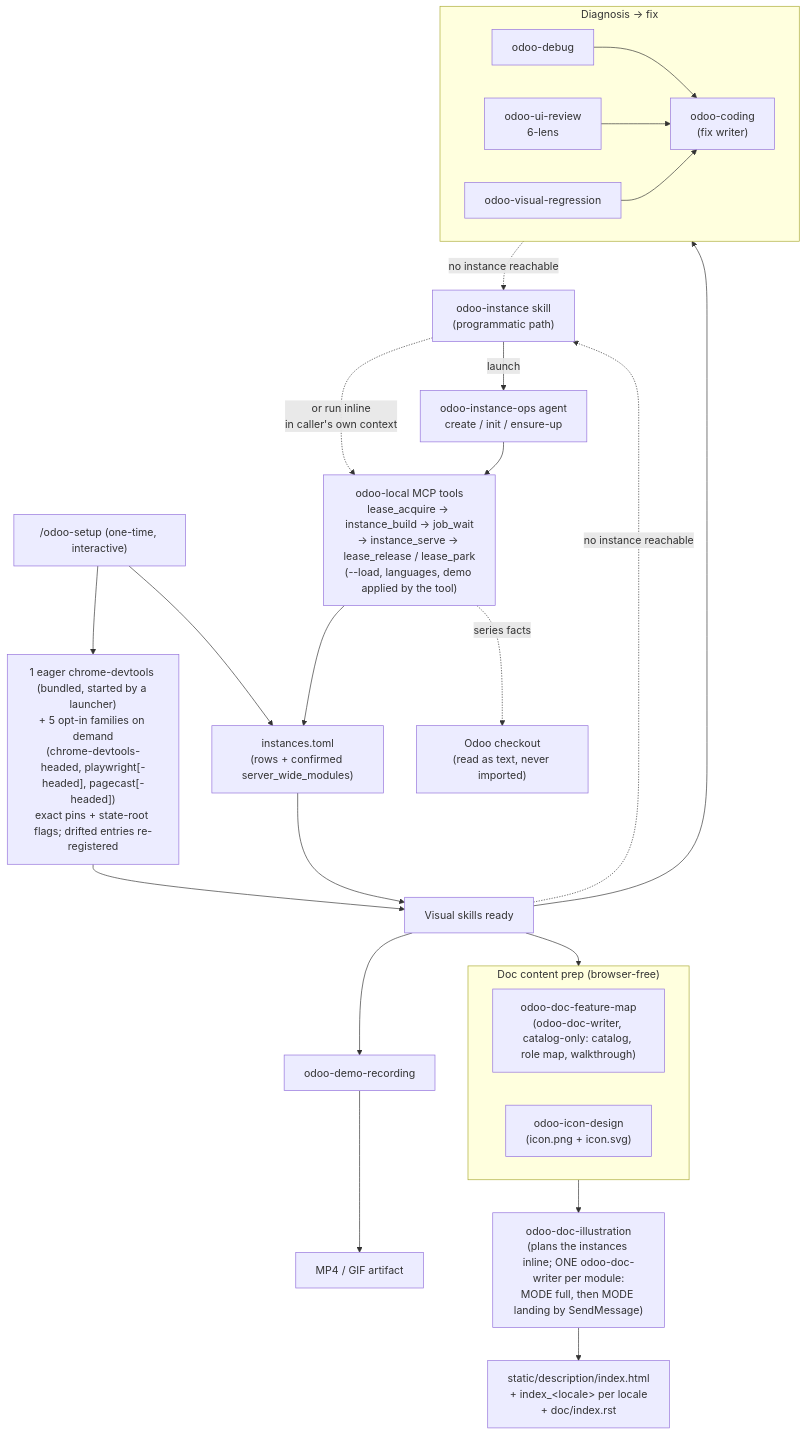
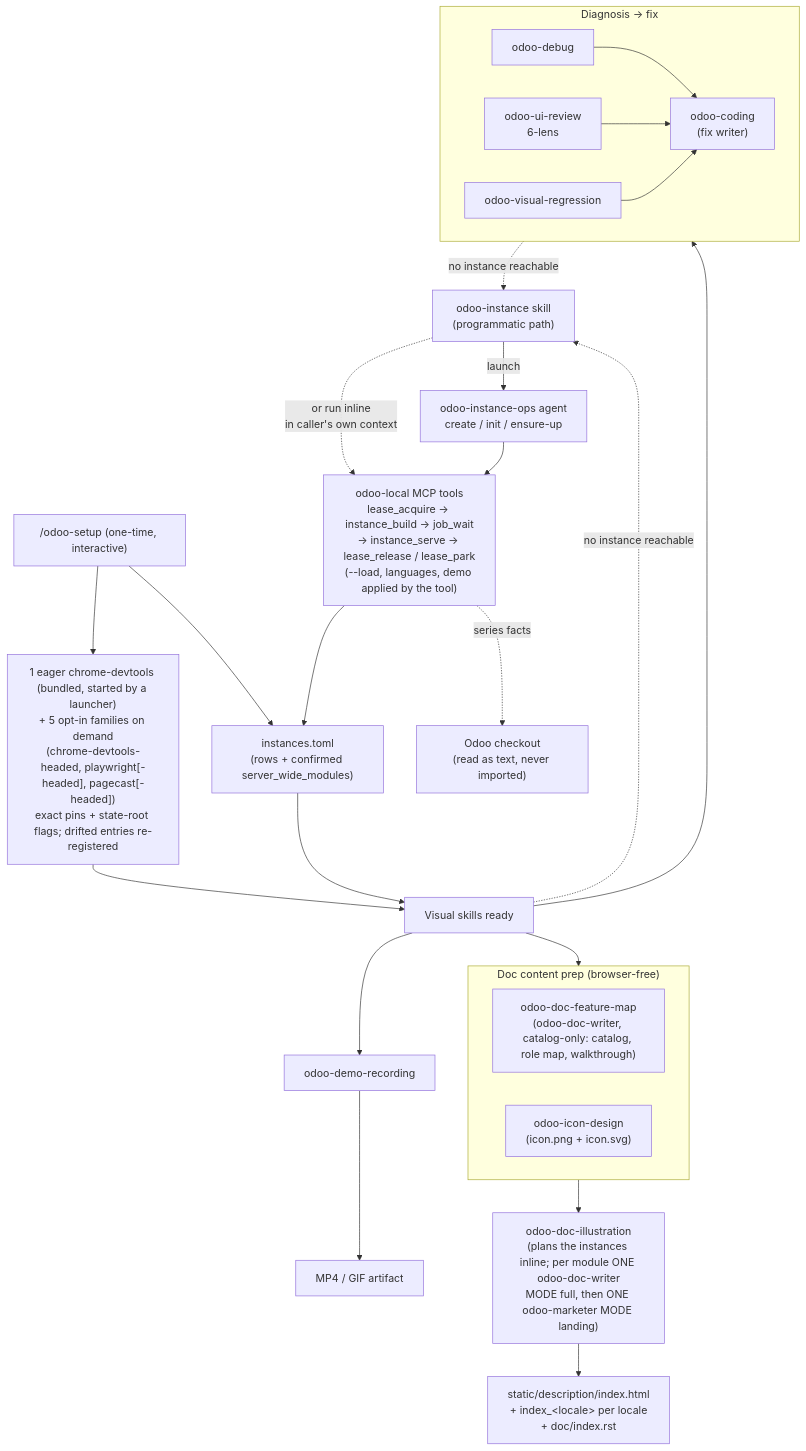
One commit to Viindoo/odoo-mcp-client changed the fourth of 9 diagrams in plugins/odoo-ai-agents/README.md. Above: the diagram before and after it, drawn with Mermaid. The commit also changed other lines of this file and 38 other files, not shown here.

First line of the commit message:
fix(odoo-ai-agents): one owner for forward-ports, split docs and marketing

````diff
--- a/plugins/odoo-ai-agents/README.md
+++ b/plugins/odoo-ai-agents/README.md
@@ -354,38 +354,38 @@
 ```mermaid
 flowchart TD
     SETUP["/odoo-setup (one-time, interactive)"]
     SETUP --> MCPW["1 eager chrome-devtools (bundled, started by a launcher)<br/>+ 5 opt-in families on demand<br/>(chrome-devtools-headed, playwright[-headed], pagecast[-headed])<br/>exact pins + state-root flags; drifted entries re-registered"]
     SETUP --> CTX["instances.toml<br/>(rows + confirmed server_wide_modules)"]
 
     INST["odoo-instance skill<br/>(programmatic path)"]
     INST -->|"launch"| IOPS["odoo-instance-ops agent<br/>create / init / ensure-up"]
     INST -.->|"or run inline<br/>in caller's own context"| LOCAL
     IOPS --> LOCAL["odoo-local MCP tools<br/>lease_acquire -> instance_build -> job_wait<br/>-> instance_serve -> lease_release / lease_park<br/>(--load, languages, demo applied by the tool)"]
     LOCAL --> CTX
     LOCAL -. "series facts" .-> SRC["Odoo checkout<br/>(read as text, never imported)"]
 
     MCPW --> SK["Visual skills ready"]
     CTX --> SK
 
     subgraph FIX_SKILLS["Diagnosis -> fix"]
         UID["odoo-debug"] --> FC["odoo-coding<br/>(fix writer)"]
         UIR["odoo-ui-review<br/>6-lens"] --> FC
         VR["odoo-visual-regression"] --> FC
     end
 
     SK --> FIX_SKILLS
     SK --> DR["odoo-demo-recording"]
     DR --> MEDIA["MP4 / GIF artifact"]
 
     subgraph DOC_PREP["Doc content prep (browser-free)"]
         FMP["odoo-doc-feature-map<br/>(odoo-doc-writer, catalog-only: catalog, role map, walkthrough)"]
         ICN["odoo-icon-design<br/>(icon.png + icon.svg)"]
     end
 
     SK --> DOC_PREP
-    DOC_PREP --> DOCILL["odoo-doc-illustration<br/>(plans the instances inline; ONE odoo-doc-writer per module:<br/>MODE full, then MODE landing by SendMessage)"]
+    DOC_PREP --> DOCILL["odoo-doc-illustration<br/>(plans the instances inline; per module ONE odoo-doc-writer<br/>MODE full, then ONE odoo-marketer MODE landing)"]
     DOCILL --> DOCOUT["static/description/index.html<br/>+ index_&lt;locale&gt; per locale<br/>+ doc/index.rst"]
 
     FIX_SKILLS -. "no instance reachable" .-> INST
     SK -. "no instance reachable" .-> INST
 ```
````
